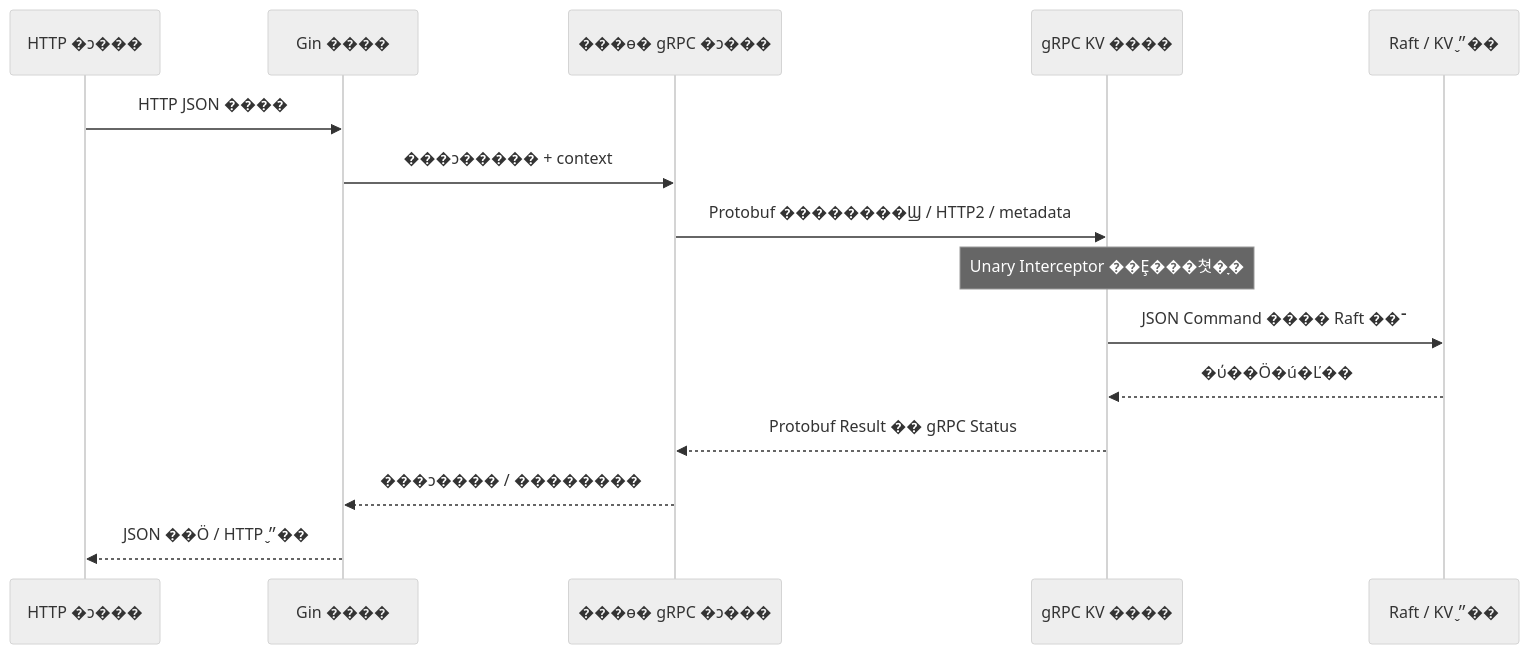
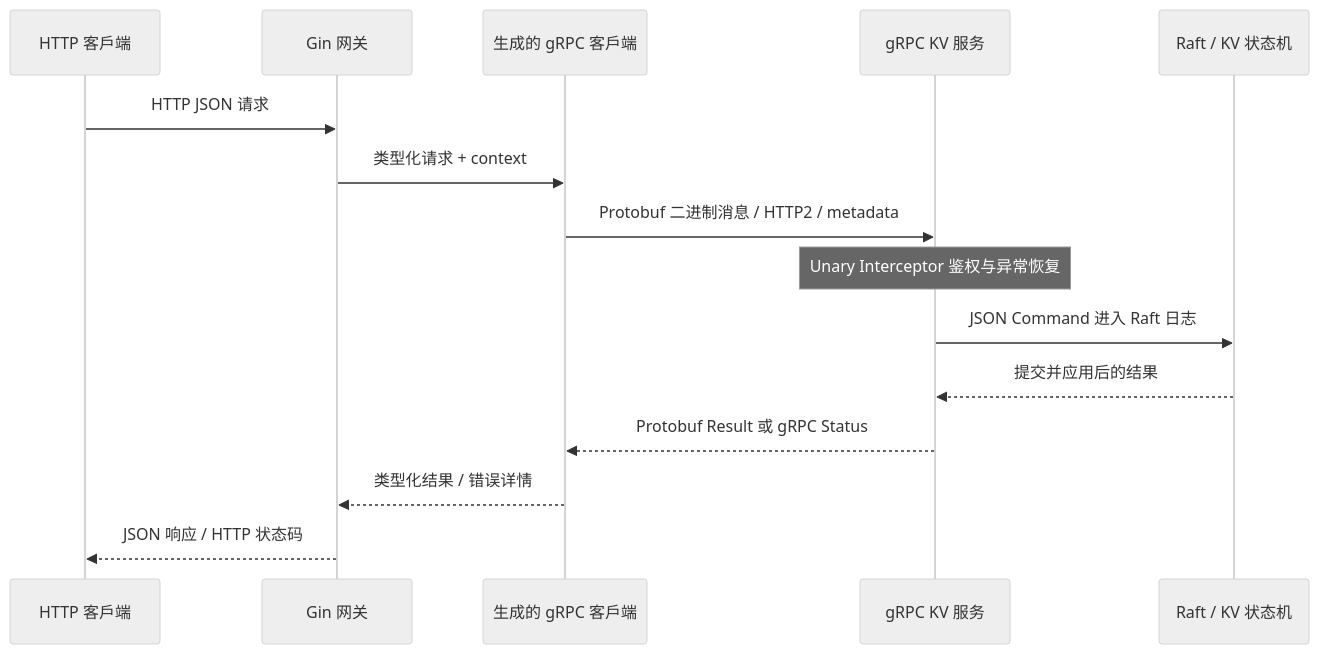
The second of 10 diagrams in README.md (KNAIOS/RaftGo), drawn with Mermaid (neutral theme) before and after one commit. The commit also changed other lines of this file, not shown here.

Commit message:
Document current Gin gRPC architecture, setup and final verification results

````diff
--- a/README.md
+++ b/README.md
@@ -58,17 +56,17 @@
 ```mermaid
 sequenceDiagram
-    participant H as HTTP �ͻ���
-    participant G as Gin ����
-    participant P as ���ɵ� gRPC �ͻ���
-    participant R as gRPC KV ����
-    participant F as Raft / KV ״̬��
-    H->>G: HTTP JSON ����
-    G->>P: ���ͻ����� + context
-    P->>R: Protobuf ��������Ϣ / HTTP2 / metadata
-    Note over R: Unary Interceptor ��Ȩ���쳣�ָ�
-    R->>F: JSON Command ���� Raft ��־
-    F-->>R: �ύ��Ӧ�ú�Ľ��
-    R-->>P: Protobuf Result �� gRPC Status
-    P-->>G: ���ͻ���� / ��������
-    G-->>H: JSON ��Ӧ / HTTP ״̬��
+    participant H as HTTP 客户端
+    participant G as Gin 网关
+    participant P as 生成的 gRPC 客户端
+    participant R as gRPC KV 服务
+    participant F as Raft / KV 状态机
+    H->>G: HTTP JSON 请求
+    G->>P: 类型化请求 + context
+    P->>R: Protobuf 二进制消息 / HTTP2 / metadata
+    Note over R: Unary Interceptor 鉴权与异常恢复
+    R->>F: JSON Command 进入 Raft 日志
+    F-->>R: 提交并应用后的结果
+    R-->>P: Protobuf Result 或 gRPC Status
+    P-->>G: 类型化结果 / 错误详情
+    G-->>H: JSON 响应 / HTTP 状态码
 ```
````
